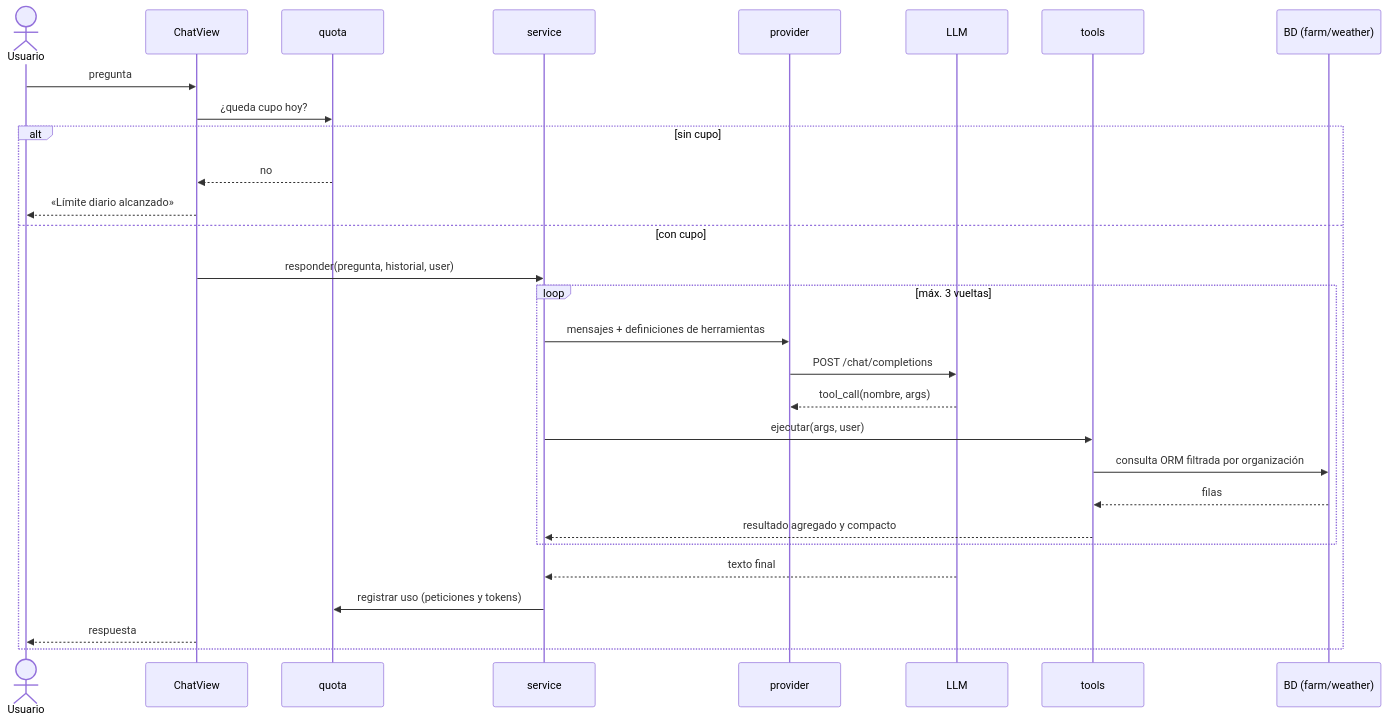
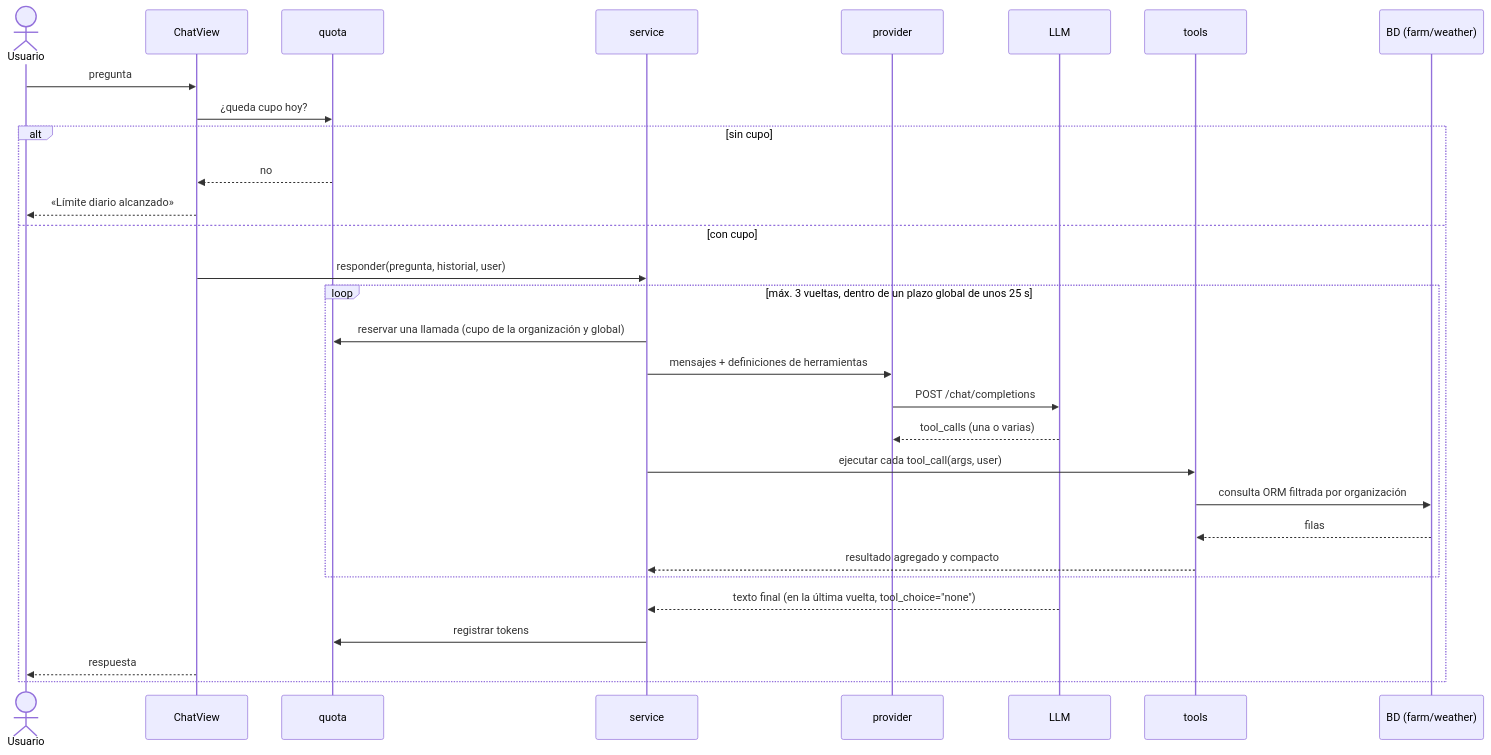
Before and after one commit to carborgar/agrogest: the second of 5 diagrams in assistant/README.md, drawn with Mermaid. The commit also changed other lines of this file, not shown here.

````diff
--- a/assistant/README.md
+++ b/assistant/README.md
@@ -64,32 +64,33 @@
 ```mermaid
 sequenceDiagram
     actor U as Usuario
     participant V as ChatView
     participant Q as quota
     participant S as service
     participant P as provider
     participant L as LLM
     participant T as tools
     participant D as BD (farm/weather)
 
     U->>V: pregunta
     V->>Q: ¿queda cupo hoy?
     alt sin cupo
         Q-->>V: no
         V-->>U: «Límite diario alcanzado»
     else con cupo
         V->>S: responder(pregunta, historial, user)
-        loop máx. 3 vueltas
+        loop máx. 3 vueltas, dentro de un plazo global de unos 25 s
+            S->>Q: reservar una llamada (cupo de la organización y global)
             S->>P: mensajes + definiciones de herramientas
             P->>L: POST /chat/completions
-            L-->>P: tool_call(nombre, args)
-            S->>T: ejecutar(args, user)
+            L-->>P: tool_calls (una o varias)
+            S->>T: ejecutar cada tool_call(args, user)
             T->>D: consulta ORM filtrada por organización
             D-->>T: filas
             T-->>S: resultado agregado y compacto
         end
-        L-->>S: texto final
-        S->>Q: registrar uso (peticiones y tokens)
+        L-->>S: texto final (en la última vuelta, tool_choice="none")
+        S->>Q: registrar tokens
         V-->>U: respuesta
     end
 ```
````
